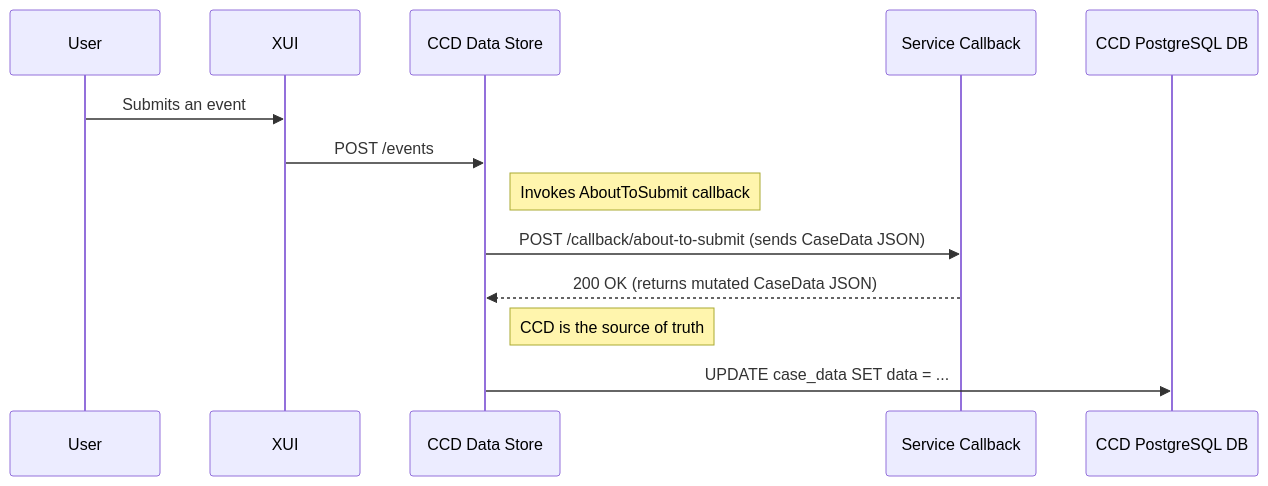
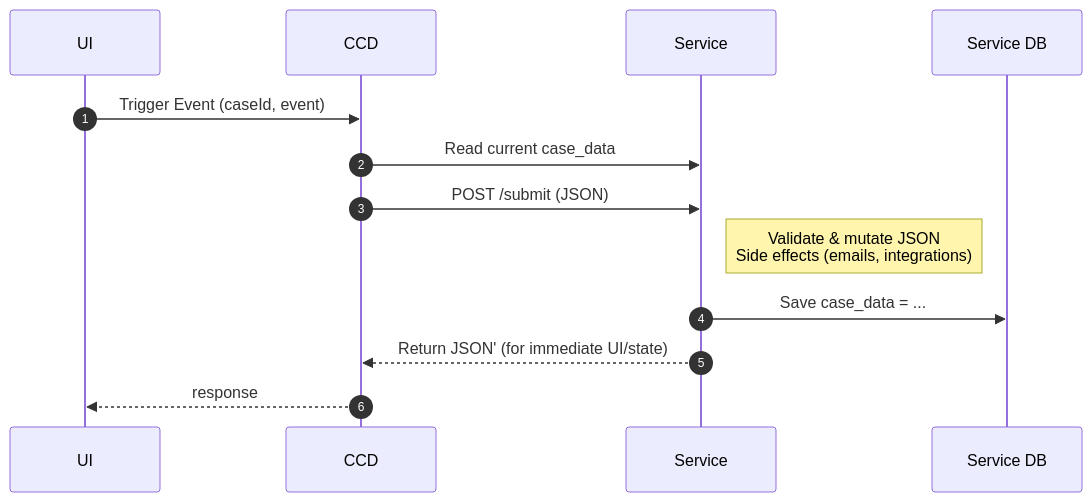
Before and after one commit to hmcts/dtsse-ccd-config-generator: the second of 2 diagrams in docs/introduction.md, drawn with Mermaid. The commit also changed other lines of this file and 6 other files, not shown here.

````diff
--- a/docs/introduction.md
+++ b/docs/introduction.md
@@ -21,16 +40,16 @@
 ```mermaid
 sequenceDiagram
-    participant User
-    participant XUI
-    participant CCD Data Store
-    participant Service Callback
-    participant CCD PostgreSQL DB
+autonumber
+participant UI as UI
+participant CCD
+participant Svc as Service
+participant SDB as Service DB
 
-    User->>XUI: Submits an event
-    XUI->>CCD Data Store: POST /events
-    note right of CCD Data Store: Invokes AboutToSubmit callback
-    CCD Data Store->>Service Callback: POST /callback/about-to-submit (sends CaseData JSON)
-    Service Callback-->>CCD Data Store: 200 OK (returns mutated CaseData JSON)
-    note right of CCD Data Store: CCD is the source of truth
-    CCD Data Store->>CCD PostgreSQL DB: UPDATE case_data SET data = ...
+    UI->>CCD: Trigger Event (caseId, event)
+    CCD->>Svc: Read current case_data
+    CCD->>Svc: POST /submit (JSON)
+    Note right of Svc: Validate & mutate JSON<br/>Side effects (emails, integrations)
+    Svc->>SDB: Save case_data = ... 
+    Svc-->>CCD: Return JSON' (for immediate UI/state)
+    CCD-->>UI: response
 ```
````
